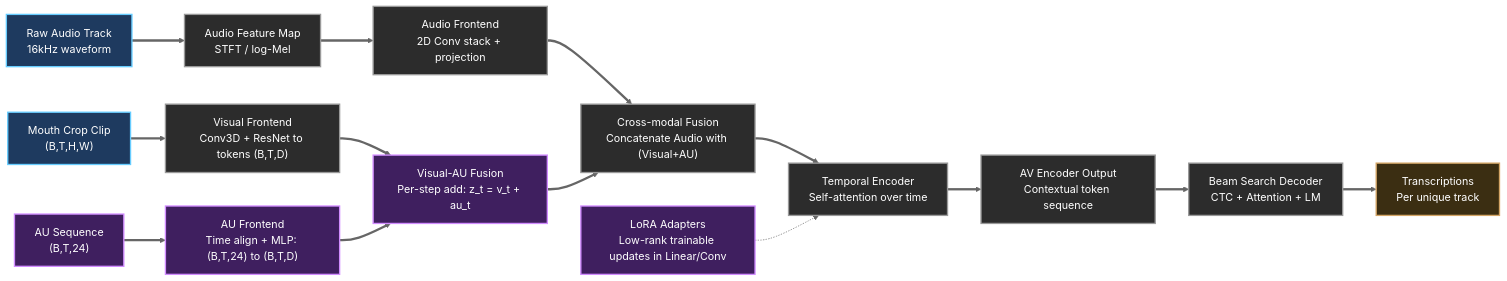
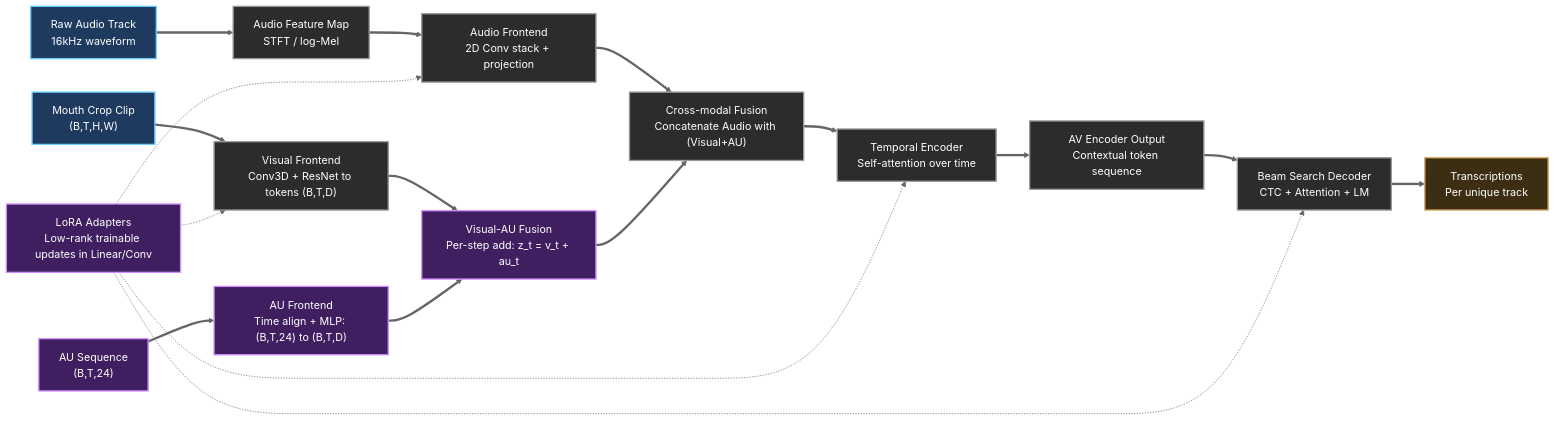
The second of 2 diagrams in README.md (BaoAL31/AVATAR), drawn with Mermaid (neutral theme) before and after one commit. The commit also changed 17 other files, not shown here.

````diff
--- a/README.md
+++ b/README.md
@@ -60,37 +60,40 @@
 ```mermaid
 graph LR
     classDef process fill:#2c2c2c,stroke:#999999,stroke-width:2px,color:#fff;
     classDef input fill:#1e3a5f,stroke:#66ccff,stroke-width:2px,color:#fff;
     classDef data fill:#3b2e12,stroke:#d4a566,stroke-width:2px,color:#fff;
     classDef contrib fill:#3f1f5f,stroke:#d18cff,stroke-width:2px,color:#fff;
 
     MCE["Mouth Crop Clip<br/>(B,T,H,W)"]:::input
     RA["Raw Audio Track<br/>16kHz waveform"]:::input
     AU["AU Sequence<br/>(B,T,24)"]:::contrib
 
     VENC["Visual Frontend<br/>Conv3D + ResNet to tokens (B,T,D)"]:::process
     APRE["Audio Feature Map<br/>STFT / log-Mel"]:::process
     APROJ["Audio Frontend<br/>2D Conv stack + projection"]:::process
     AUENC["AU Frontend<br/>Time align + MLP: (B,T,24) to (B,T,D)"]:::contrib
     VSUM["Visual-AU Fusion<br/>Per-step add: z_t = v_t + au_t"]:::contrib
     CAT["Cross-modal Fusion<br/>Concatenate Audio with (Visual+AU)"]:::process
     TENC["Temporal Encoder<br/>Self-attention over time"]:::process
     ENC["AV Encoder Output<br/>Contextual token sequence"]:::process
     DEC["Beam Search Decoder<br/>CTC + Attention + LM"]:::process
     LORA["LoRA Adapters<br/>Low-rank trainable updates in Linear/Conv"]:::contrib
     TR["Transcriptions<br/>Per unique track"]:::data
 
     MCE ==> VENC
     RA ==> APRE
     APRE ==> APROJ
     AU ==> AUENC
     VENC ==> VSUM
     AUENC ==> VSUM
     APROJ ==> CAT
     VSUM ==> CAT
     CAT ==> TENC
     TENC ==> ENC
     ENC ==> DEC
+    LORA -.-> VENC
+    LORA -.-> APROJ
     LORA -.-> TENC
+    LORA -.-> DEC
     DEC ==> TR
 ```
````
